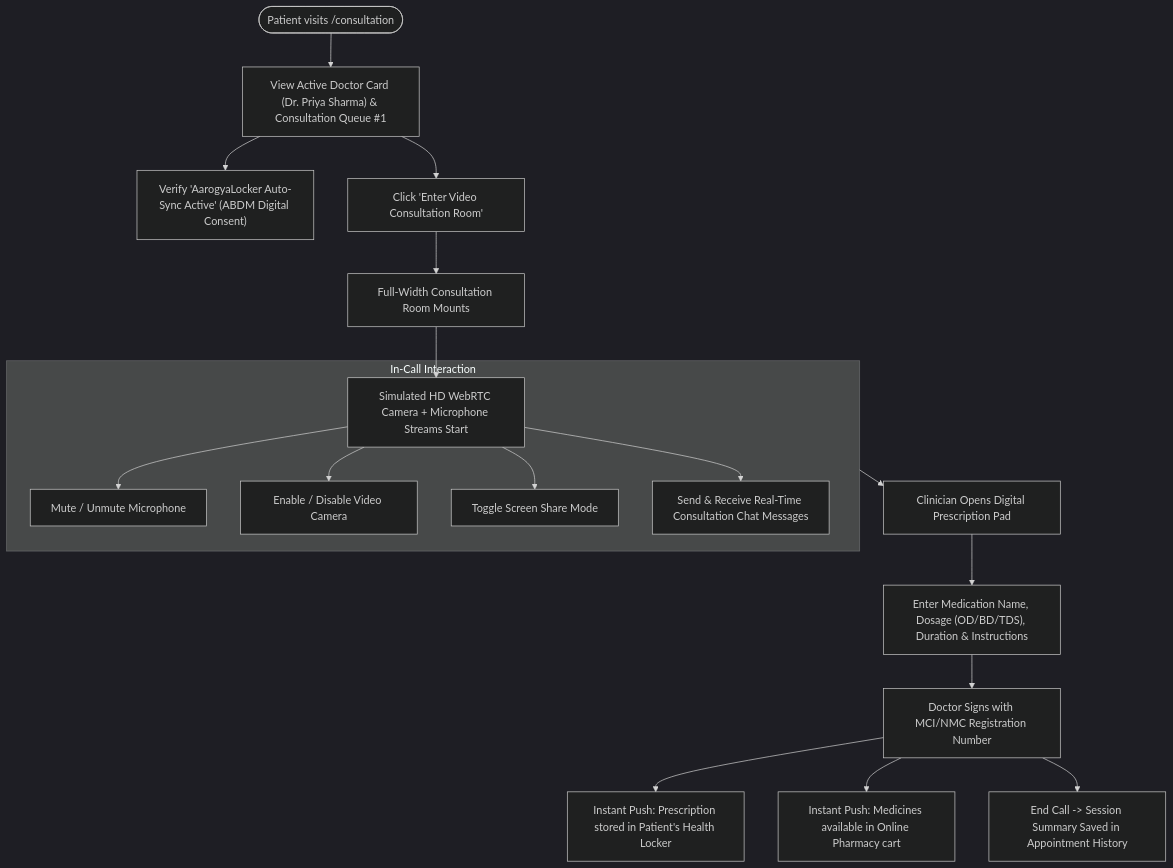
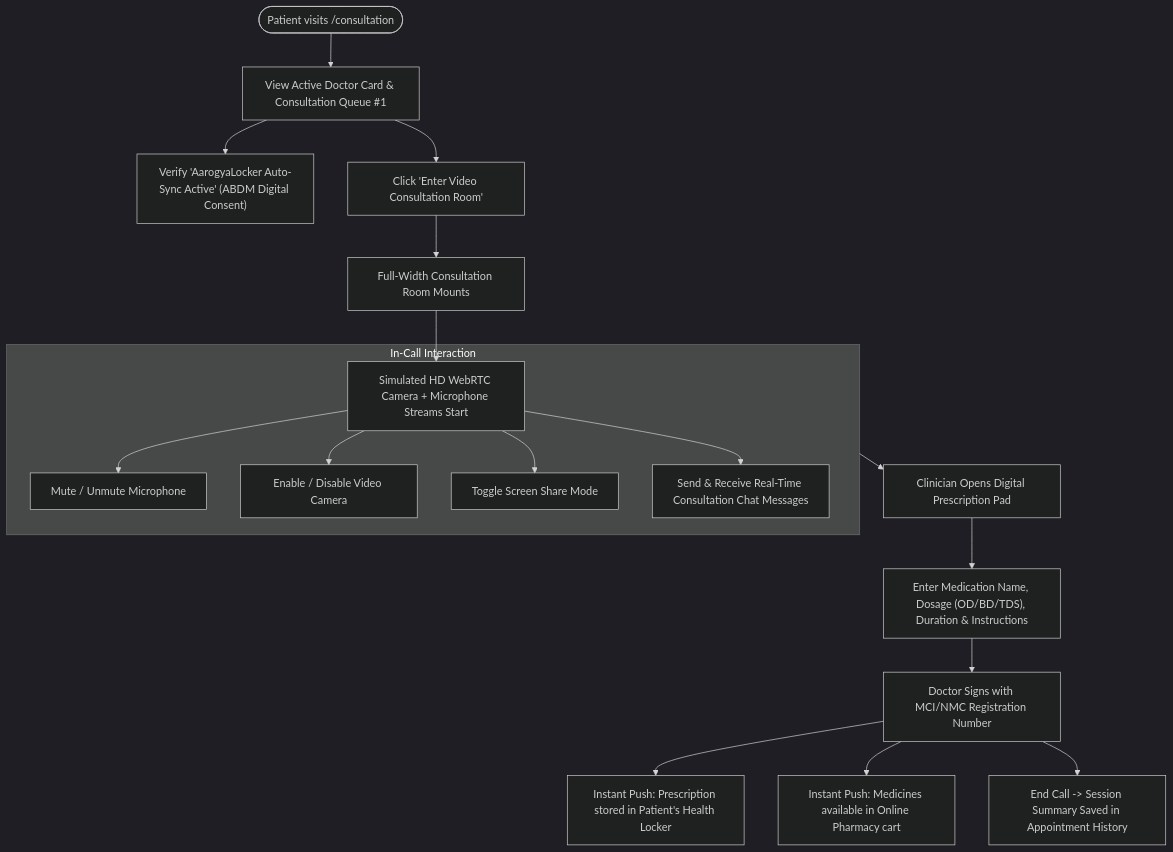
Before and after one commit to JD-codestar/AarogyaLocker: the fourth of 6 diagrams in README.md, drawn with Mermaid (dark theme). The commit also changed other lines of this file and 2 other files, not shown here.

````diff
--- a/README.md
+++ b/README.md
@@ -192,24 +189,24 @@
 ```mermaid
 flowchart TD
-    PatientEnters(["Patient visits /consultation"]) --> QueueCheck["View Active Doctor Card (Dr. Priya Sharma) & Consultation Queue #1"]
+    PatientEnters(["Patient visits /consultation"]) --> QueueCheck["View Active Doctor Card & Consultation Queue #1"]
     QueueCheck --> SyncNotice["Verify 'AarogyaLocker Auto-Sync Active' (ABDM Digital Consent)"]
     QueueCheck --> ClickEnter["Click 'Enter Video Consultation Room'"]
     
     ClickEnter --> MountCallRoom["Full-Width Consultation Room Mounts"]
     MountCallRoom --> InitStreams["Simulated HD WebRTC Camera + Microphone Streams Start"]
     
     subgraph ActiveCallControls ["In-Call Interaction"]
         InitStreams --> MuteToggle["Mute / Unmute Microphone"]
         InitStreams --> VideoToggle["Enable / Disable Video Camera"]
         InitStreams --> ScreenShare["Toggle Screen Share Mode"]
         InitStreams --> InCallChat["Send & Receive Real-Time Consultation Chat Messages"]
     end
     
     ActiveCallControls --> DoctorAction["Clinician Opens Digital Prescription Pad"]
     DoctorAction --> InputRx["Enter Medication Name, Dosage (OD/BD/TDS), Duration & Instructions"]
     InputRx --> SignAndIssue["Doctor Signs with MCI/NMC Registration Number"]
     
     SignAndIssue --> AutoLocker["Instant Push: Prescription stored in Patient's Health Locker"]
     SignAndIssue --> AutoPharmacy["Instant Push: Medicines available in Online Pharmacy cart"]
     SignAndIssue --> EndCall["End Call -> Session Summary Saved in Appointment History"]
 ```
````
